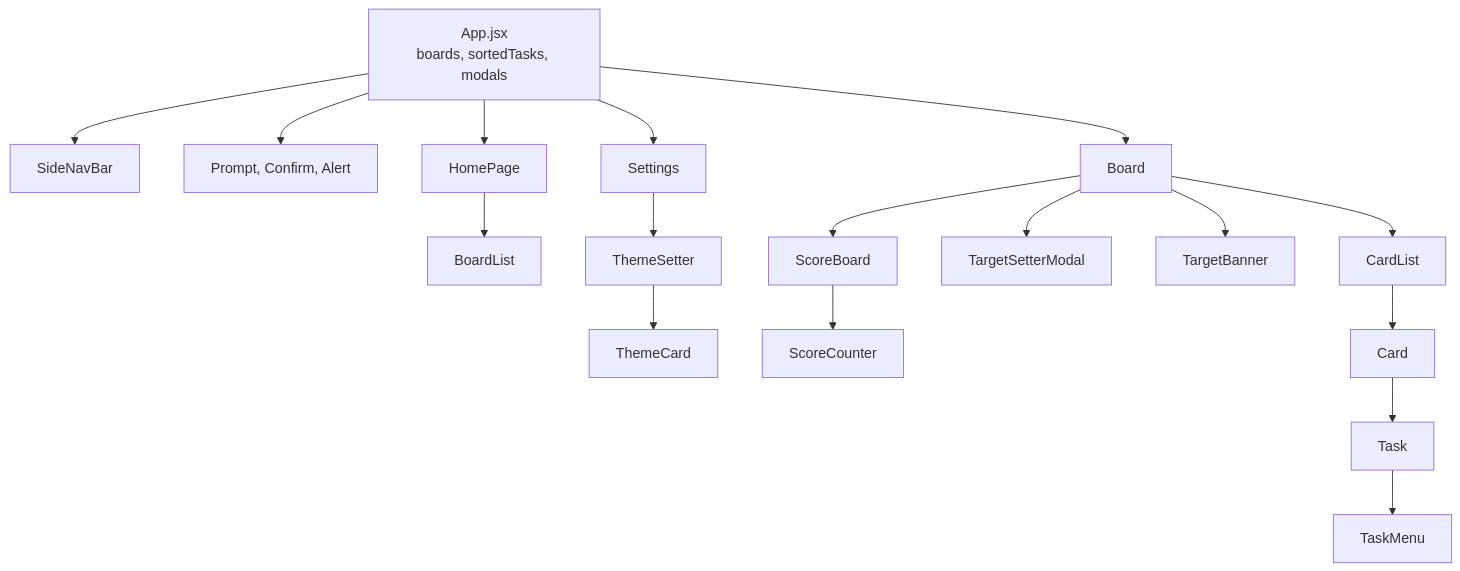
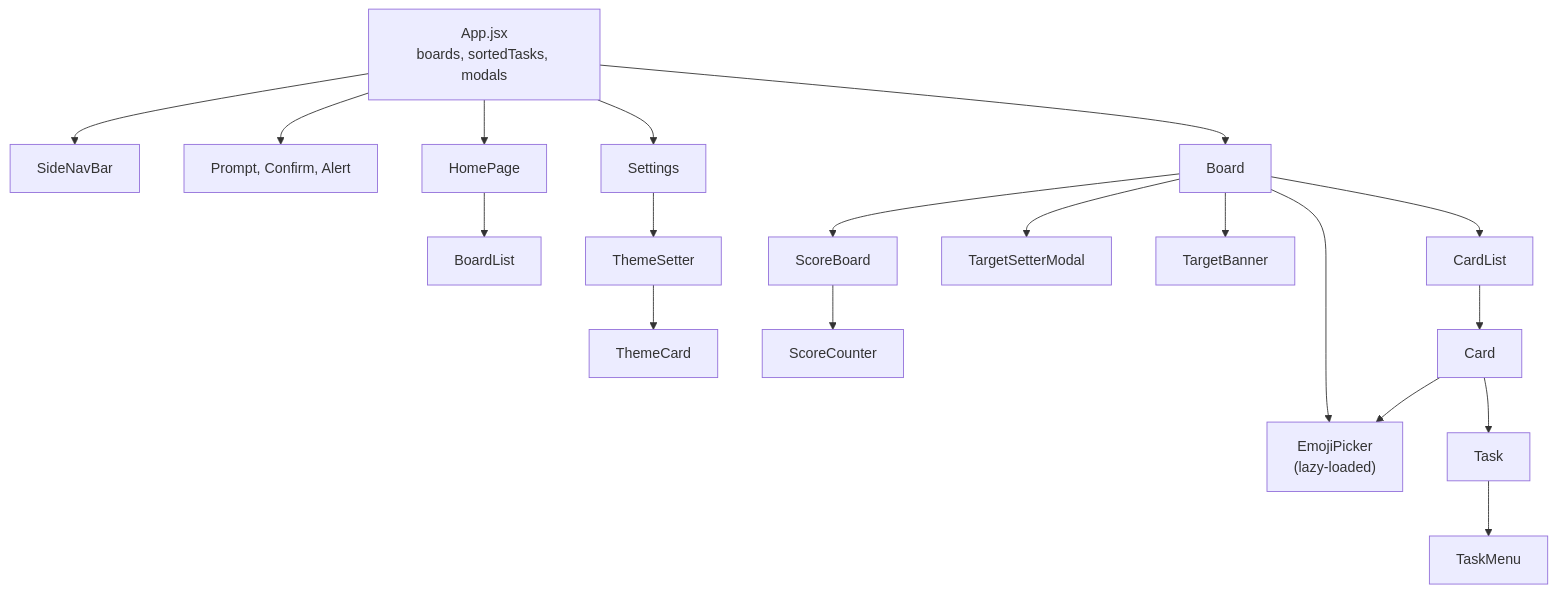
One commit to TomBenjaminMorris/listpal-frontend changed the second of 6 diagrams in ARCHITECTURE.md. Above: the diagram before and after it, drawn with Mermaid. The commit also changed 3 other files, not shown here.

First line of the commit message:
Lazy-load the emoji picker and its data

````diff
--- a/ARCHITECTURE.md
+++ b/ARCHITECTURE.md
@@ -109,18 +109,20 @@
 ```mermaid
 flowchart TB
     App["App.jsx<br/>boards, sortedTasks, modals"]
     App --> SNB["SideNavBar"]
     App --> Modals["Prompt, Confirm, Alert"]
     App --> Home["HomePage"]
     App --> Settings["Settings"]
     App --> Board["Board"]
     Home --> BL["BoardList"]
     Settings --> TS["ThemeSetter"] --> TC["ThemeCard"]
     Board --> SB["ScoreBoard"] --> SC["ScoreCounter"]
     Board --> TSM["TargetSetterModal"]
     Board --> TB["TargetBanner"]
+    Board --> EP["EmojiPicker<br/>(lazy-loaded)"]
     Board --> CardList["CardList"]
     CardList --> Card["Card"]
+    Card --> EP
     Card --> Task["Task"]
     Task --> TaskMenu["TaskMenu"]
 ```
````
